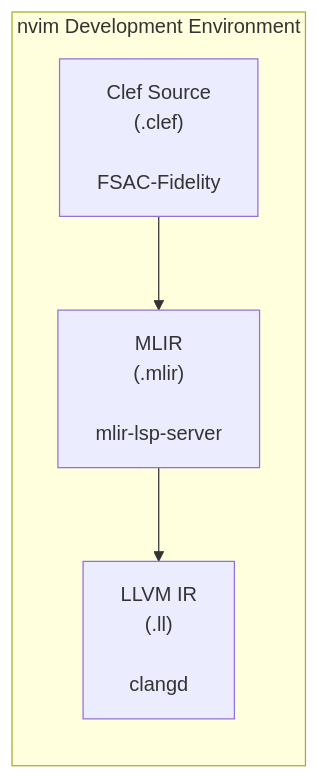
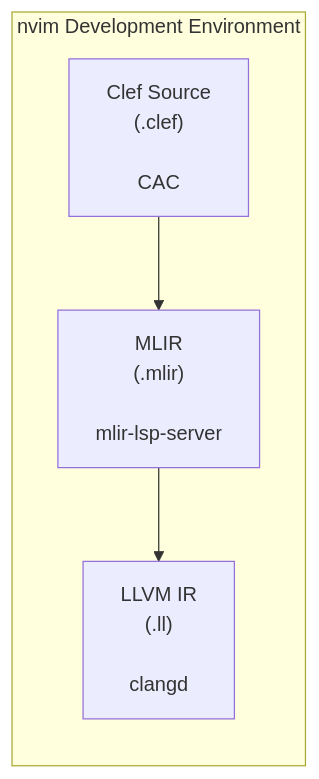
Before and after one commit to FidelityFramework/clef-lang-site: the second of 2 diagrams in hugo/content/docs/tooling/clef-autocomplete-integration.md, drawn with Mermaid. The commit also changed other lines of this file and 3 other files, not shown here.

````diff
--- a/hugo/content/docs/tooling/clef-autocomplete-integration.md
+++ b/hugo/content/docs/tooling/clef-autocomplete-integration.md
@@ -219,11 +219,11 @@
 ```mermaid
 graph LR
     subgraph "nvim Development Environment"
-        FS["Clef Source<br/>(.clef)<br/><br/>FSAC-Fidelity"]
+        FS["Clef Source<br/>(.clef)<br/><br/>CAC"]
         MLIR["MLIR<br/>(.mlir)<br/><br/>mlir-lsp-server"]
         LLVM["LLVM IR<br/>(.ll)<br/><br/>clangd"]
     end
 
     FS --> MLIR
     MLIR --> LLVM
 ```
````
